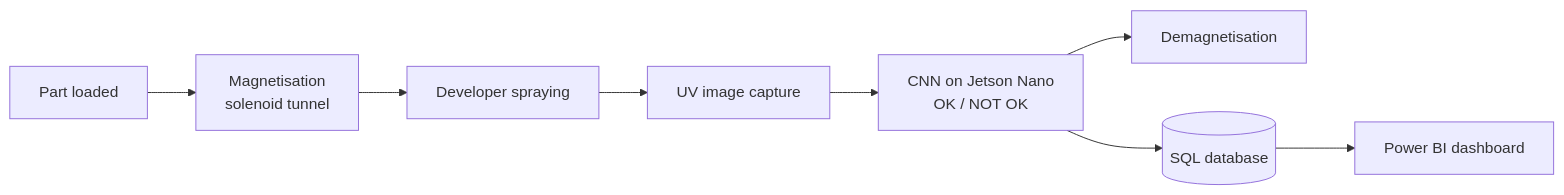
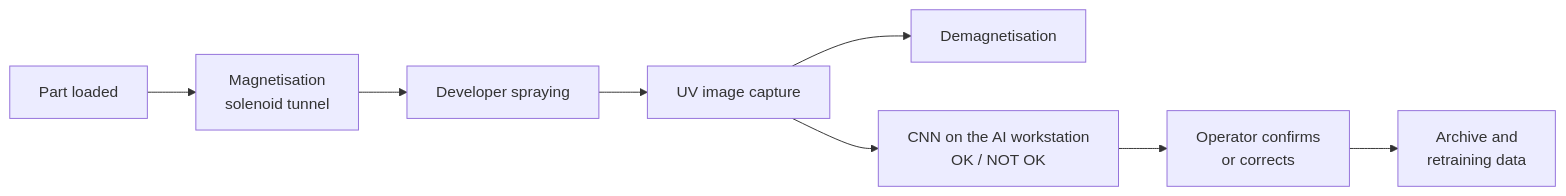
One commit to souhailbenh/magnetic-particle-inspection-ai changed the diagram in README.md. Above: the diagram before and after it, drawn with Mermaid. The commit also changed other lines of this file, not shown here.

````diff
--- a/README.md
+++ b/README.md
@@ -16,10 +17,10 @@
 ```mermaid
 flowchart LR
     A[Part loaded] --> B[Magnetisation<br/>solenoid tunnel]
     B --> C[Developer spraying]
     C --> D[UV image capture]
-    D --> E[CNN on Jetson Nano<br/>OK / NOT OK]
-    E --> F[Demagnetisation]
-    E --> G[(SQL database)]
-    G --> H[Power BI dashboard]
+    D --> F[Demagnetisation]
+    D --> E[CNN on the AI workstation<br/>OK / NOT OK]
+    E --> G[Operator confirms<br/>or corrects]
+    G --> H[Archive and<br/>retraining data]
 ```
````
